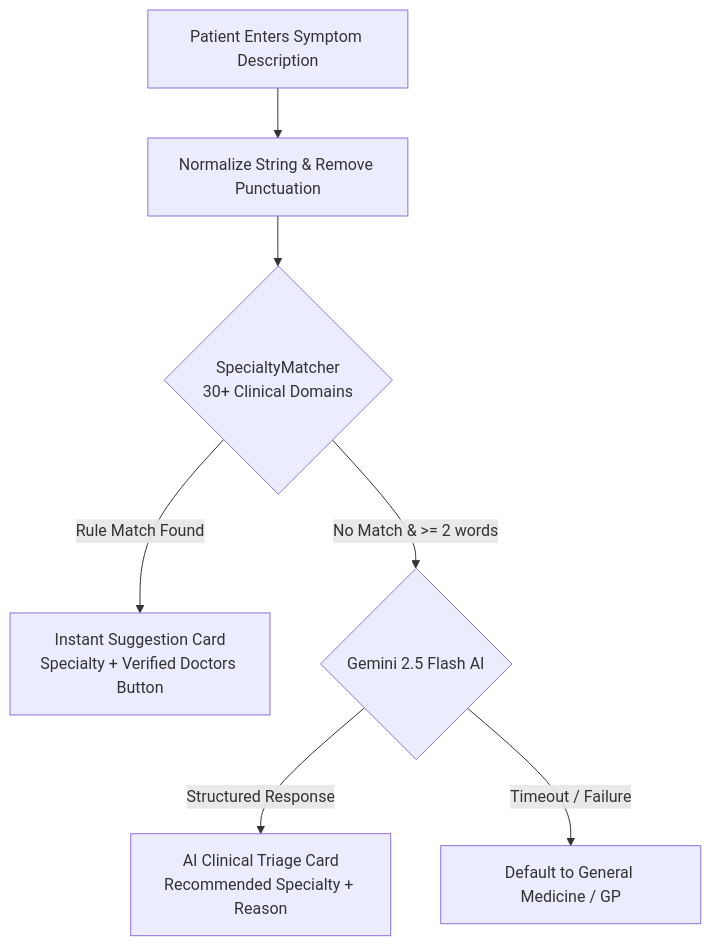
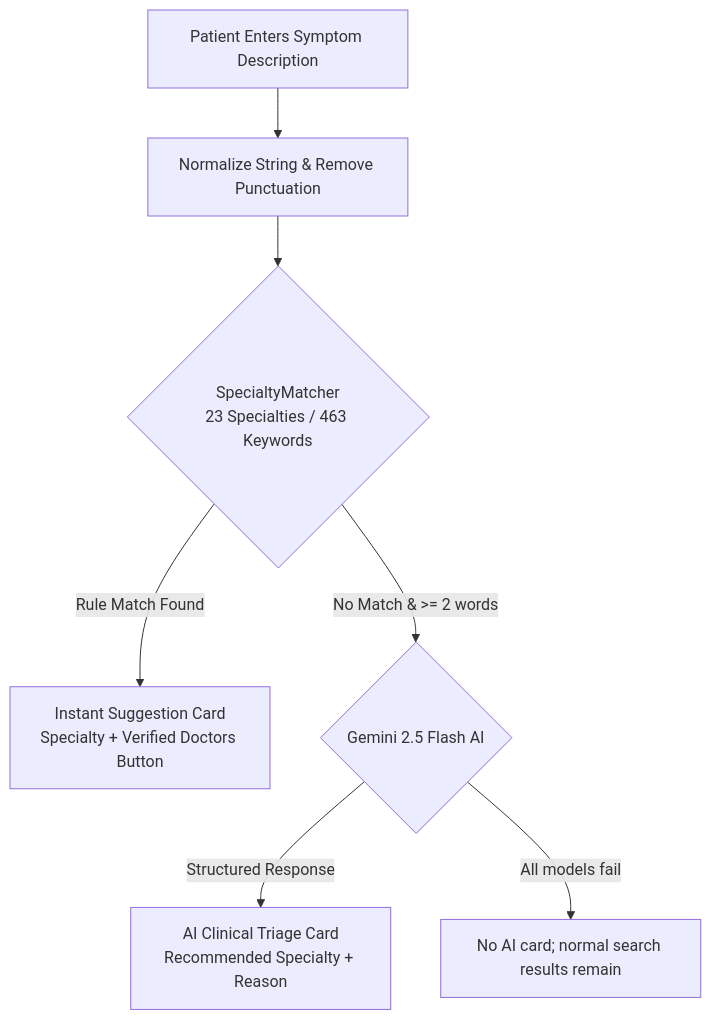
The fourth of 8 diagrams in docs/SRS.md (Mashrafi-Elahi/doctordesk_mobile), drawn with Mermaid before and after one commit. The commit also changed other lines of this file and 54 other files, not shown here.

````diff
--- a/docs/SRS.md
+++ b/docs/SRS.md
@@ -330,9 +339,9 @@
 ```mermaid
 flowchart TD
     Input[Patient Enters Symptom Description] --> Clean[Normalize String & Remove Punctuation]
-    Clean --> Matcher{SpecialtyMatcher\n30+ Clinical Domains}
+    Clean --> Matcher{SpecialtyMatcher\n23 Specialties / 463 Keywords}
     Matcher -- Rule Match Found --> MatchResult[Instant Suggestion Card\nSpecialty + Verified Doctors Button]
     Matcher -- No Match & >= 2 words --> AI{Gemini 2.5 Flash AI}
     AI -- Structured Response --> AIResult[AI Clinical Triage Card\nRecommended Specialty + Reason]
-    AI -- Timeout / Failure --> Fallback[Default to General Medicine / GP]
+    AI -- All models fail --> Fallback[No AI card; normal search results remain]
 ```
````
